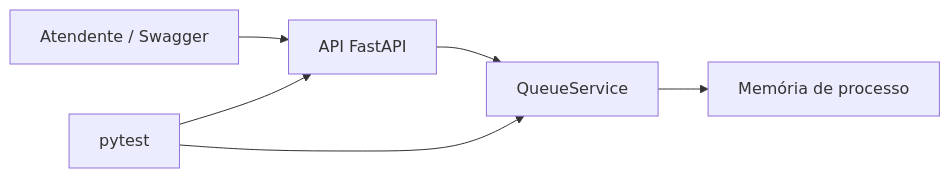
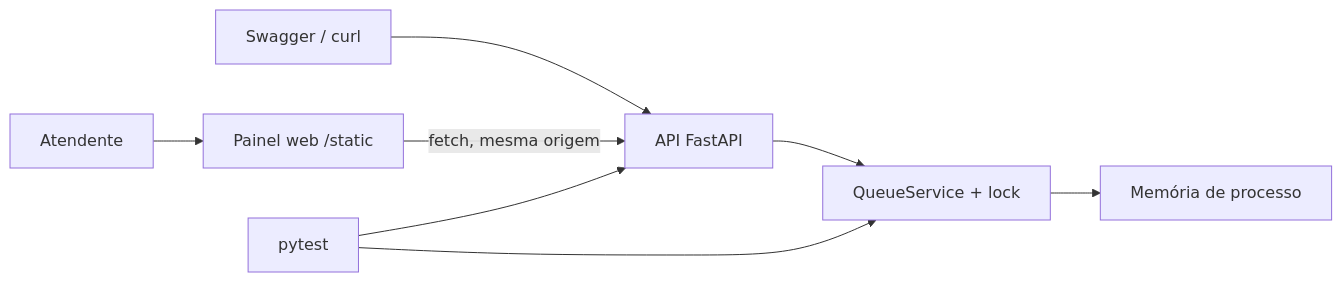
Before and after one commit to oTalDoWaaase/atendeja-sdd: the diagram in README.md, drawn with Mermaid. The commit also changed other lines of this file and 16 other files, not shown here.

Commit message:
feat: adiciona painel web e refinamentos v1.1

````diff
--- a/README.md
+++ b/README.md
@@ -33,8 +58,10 @@
 ```mermaid
 flowchart LR
-    A[Atendente / Swagger] --> B[API FastAPI]
-    B --> C[QueueService]
+    U[Atendente] --> W[Painel web /static]
+    S[Swagger / curl] --> B[API FastAPI]
+    W -->|fetch, mesma origem| B
+    B --> C[QueueService + lock]
     C --> D[Memória de processo]
     E[pytest] --> B
     E --> C
 ```
````
